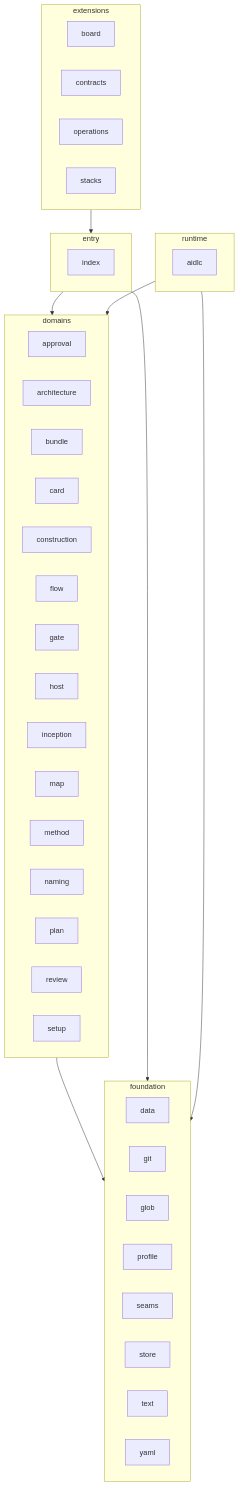
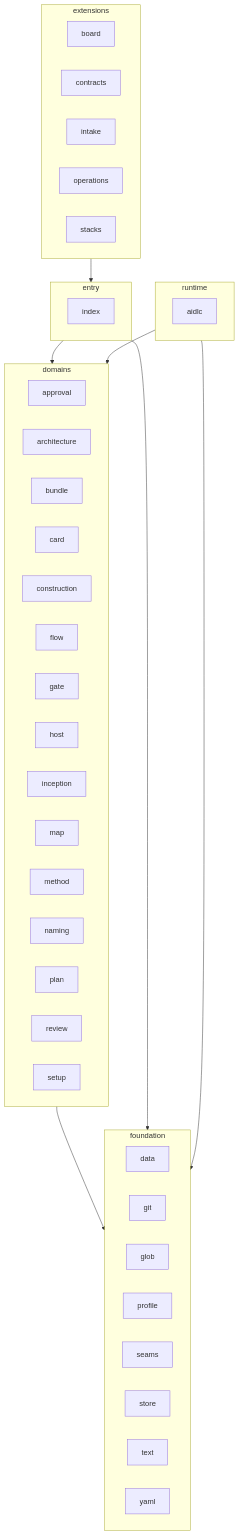
Before and after one commit to Scrollout/aidlc-team-plugin: the diagram in docs/design/diagrams/cli-components.md, drawn with Mermaid. The commit also changed 25 other files, not shown here.

````diff
--- a/docs/design/diagrams/cli-components.md
+++ b/docs/design/diagrams/cli-components.md
@@ -9,48 +9,49 @@
 ```mermaid
 flowchart TB
   subgraph runtime
     runtime_aidlc[aidlc]
   end
   subgraph extensions
     extensions_board[board]
     extensions_contracts[contracts]
+    extensions_intake[intake]
     extensions_operations[operations]
     extensions_stacks[stacks]
   end
   subgraph entry
     entry_index[index]
   end
   subgraph domains
     domains_approval[approval]
     domains_architecture[architecture]
     domains_bundle[bundle]
     domains_card[card]
     domains_construction[construction]
     domains_flow[flow]
     domains_gate[gate]
     domains_host[host]
     domains_inception[inception]
     domains_map[map]
     domains_method[method]
     domains_naming[naming]
     domains_plan[plan]
     domains_review[review]
     domains_setup[setup]
   end
   subgraph foundation
     foundation_data[data]
     foundation_git[git]
     foundation_glob[glob]
     foundation_profile[profile]
     foundation_seams[seams]
     foundation_store[store]
     foundation_text[text]
     foundation_yaml[yaml]
   end
   domains --> foundation
   entry --> domains
   entry --> foundation
   extensions --> entry
   runtime --> domains
   runtime --> foundation
 ```
````
